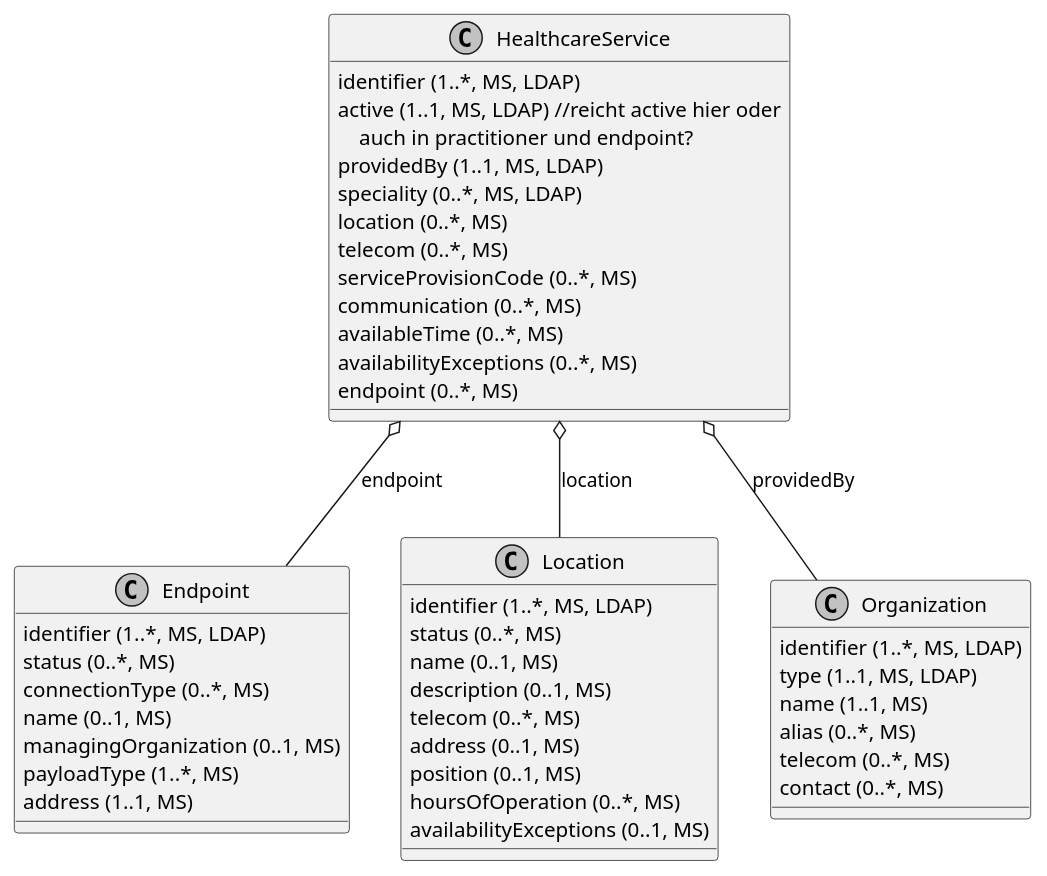
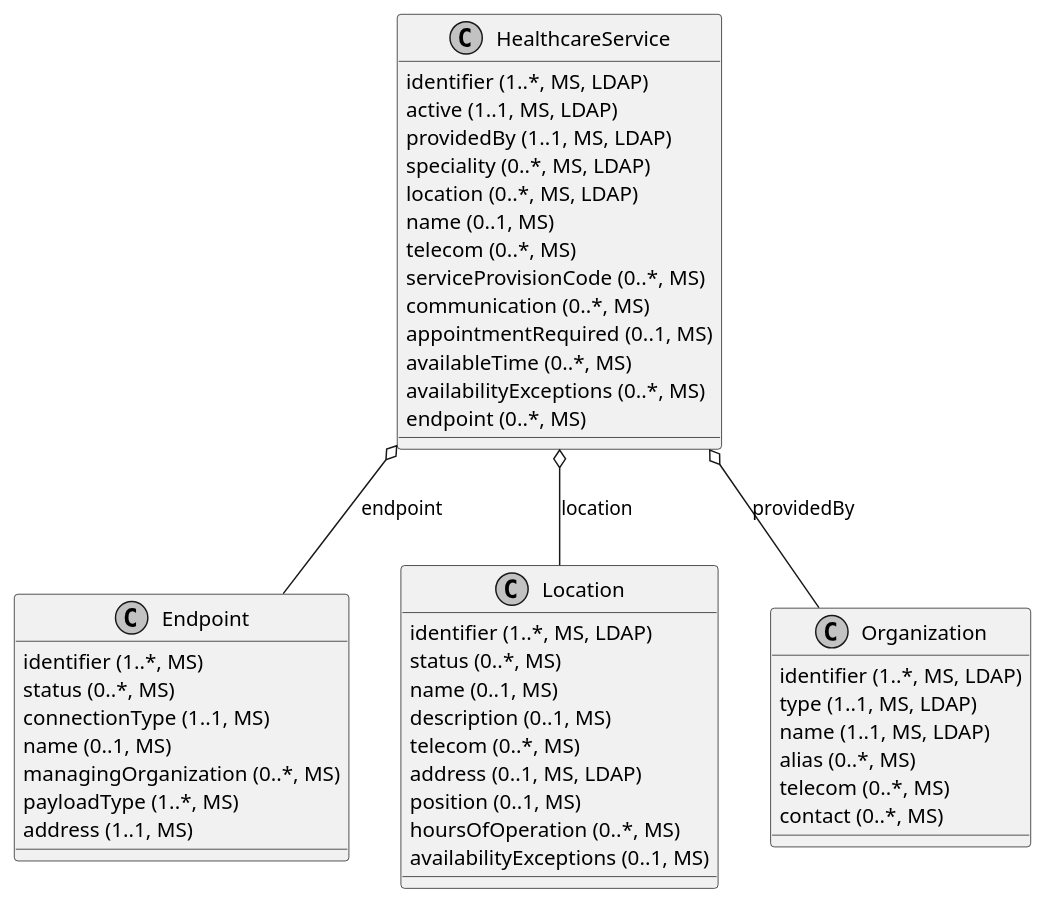
Before and after one commit to gematik/api-vzd: the diagram in src/plantuml/ClassDiagram.HealthcareService.puml, drawn with PlantUML. The commit also changed 10 other files, not shown here.

```diff
--- a/src/plantuml/ClassDiagram.HealthcareService.puml
+++ b/src/plantuml/ClassDiagram.HealthcareService.puml
@@ -1,50 +1,51 @@
 @startuml ClassDiagram.HealthcareService
 skinparam monochrome true
+class HealthcareService {
+  {field} identifier (1..*, MS, LDAP)
+  {field} active (1..1, MS, LDAP)
+  {field} providedBy (1..1, MS, LDAP)
+  {field} speciality (0..*, MS, LDAP)
+  {field} location (0..*, MS, LDAP)
+  {field} name (0..1, MS)
+  {field} telecom (0..*, MS)
+  {field} serviceProvisionCode (0..*, MS)
+  {field} communication (0..*, MS)
+  {field} appointmentRequired (0..1, MS)
+  {field} availableTime (0..*, MS)
+  {field} availabilityExceptions (0..*, MS)
+  {field} endpoint (0..*, MS)
+}
 class Endpoint {
-  {field} identifier (1..*, MS, LDAP)
+  {field} identifier (1..*, MS)
   {field} status (0..*, MS)
-  {field} connectionType (0..*, MS)
+  {field} connectionType (1..1, MS)
   {field} name (0..1, MS)
-  {field} managingOrganization (0..1, MS)
+  {field} managingOrganization (0..*, MS)
   {field} payloadType (1..*, MS)
   {field} address (1..1, MS)
 }
 class Location {
   {field} identifier (1..*, MS, LDAP)
   {field} status (0..*, MS)
   {field} name (0..1, MS)
   {field} description (0..1, MS)
   {field} telecom (0..*, MS)
-  {field} address (0..1, MS)
+  {field} address (0..1, MS, LDAP)
   {field} position (0..1, MS)
   {field} hoursOfOperation (0..*, MS)
   {field} availabilityExceptions (0..1, MS)
 }
-class HealthcareService {
-  {field} identifier (1..*, MS, LDAP)
-  {field} active (1..1, MS, LDAP) //reicht active hier oder\n    auch in practitioner und endpoint?
-  {field} providedBy (1..1, MS, LDAP)
-  {field} speciality (0..*, MS, LDAP)
-  {field} location (0..*, MS)
-  {field} telecom (0..*, MS)
-  {field} serviceProvisionCode (0..*, MS)
-  {field} communication (0..*, MS)
-  '{field} appointmentRequired (0..1, MS)
-  {field} availableTime (0..*, MS)
-  {field} availabilityExceptions (0..*, MS)
-  {field} endpoint (0..*, MS)
-}
 class Organization {
   {field} identifier (1..*, MS, LDAP)
   {field} type (1..1, MS, LDAP)
-  {field} name (1..1, MS)
+  {field} name (1..1, MS, LDAP)
   {field} alias (0..*, MS)
   {field} telecom (0..*, MS)
   {field} contact (0..*, MS)
 }
 
 HealthcareService o-- Organization: providedBy
 HealthcareService o-- Endpoint: endpoint
 HealthcareService o-- Location: location
 
 @enduml
```
